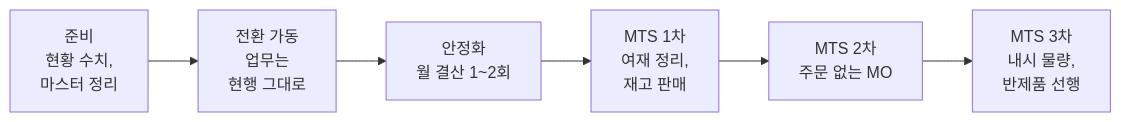
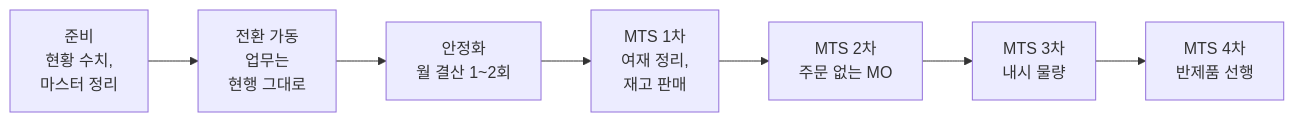
One commit to donseok/mes-to-be-doc changed the third of 4 diagrams in docs/mto-mts-03-sap-config-conversion.md. Above: the diagram before and after it, drawn with Mermaid. The commit also changed other lines of this file and 5 other files, not shown here.

````diff
--- a/docs/mto-mts-03-sap-config-conversion.md
+++ b/docs/mto-mts-03-sap-config-conversion.md
@@ -314,4 +322,4 @@
 ```mermaid
 flowchart LR
-  S0["준비<br/>현황 수치,<br/>마스터 정리"] --> S1["전환 가동<br/>업무는<br/>현행 그대로"] --> S2["안정화<br/>월 결산 1~2회"] --> S3["MTS 1차<br/>여재 정리,<br/>재고 판매"] --> S4["MTS 2차<br/>주문 없는 MO"] --> S5["MTS 3차<br/>내시 물량,<br/>반제품 선행"]
+  S0["준비<br/>현황 수치,<br/>마스터 정리"] --> S1["전환 가동<br/>업무는<br/>현행 그대로"] --> S2["안정화<br/>월 결산 1~2회"] --> S3["MTS 1차<br/>여재 정리,<br/>재고 판매"] --> S4["MTS 2차<br/>주문 없는 MO"] --> S5["MTS 3차<br/>내시 물량"] --> S6["MTS 4차<br/>반제품 선행"]
 ```
````
